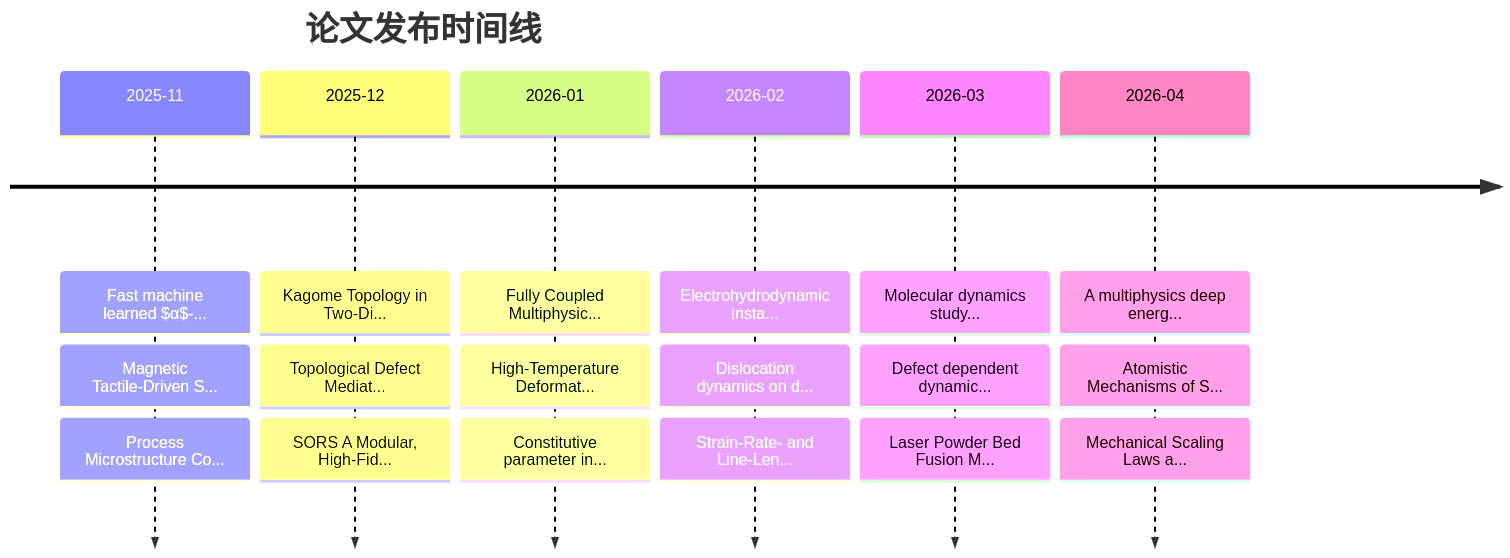
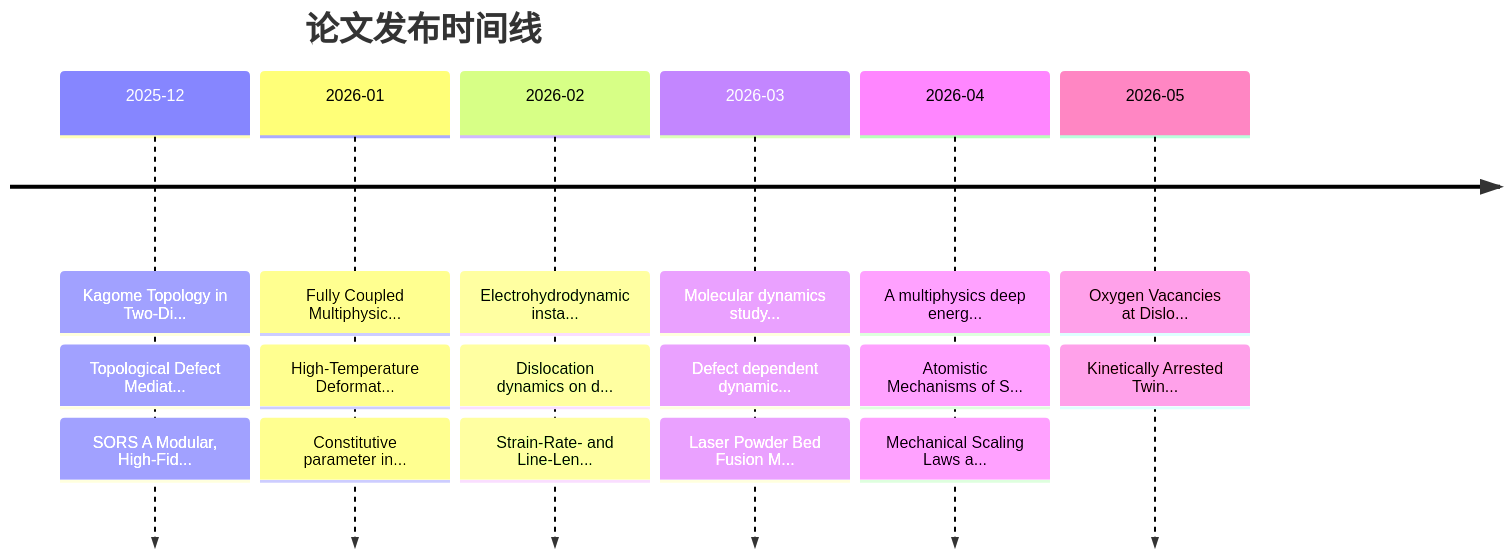
Before and after one commit to Shirakawa11111/BJK_readpaper: the second of 2 diagrams in README.md, drawn with Mermaid. The commit also changed other lines of this file and 11 other files, not shown here.

````diff
--- a/README.md
+++ b/README.md
@@ -206,10 +206,10 @@
 ```mermaid
 timeline
     title 论文发布时间线
-    2025-11 : Fast machine learned $α$-... : Magnetic Tactile-Driven S... : Process Microstructure Co...
     2025-12 : Kagome Topology in Two-Di... : Topological Defect Mediat... : SORS A Modular, High-Fid...
     2026-01 : Fully Coupled Multiphysic... : High-Temperature Deformat... : Constitutive parameter in...
     2026-02 : Electrohydrodynamic insta... : Dislocation dynamics on d... : Strain-Rate- and Line-Len...
     2026-03 : Molecular dynamics study... : Defect dependent dynamic... : Laser Powder Bed Fusion M...
     2026-04 : A multiphysics deep energ... : Atomistic Mechanisms of S... : Mechanical Scaling Laws a...
+    2026-05 : Oxygen Vacancies at Dislo... : Kinetically Arrested Twin...
 ```
````
